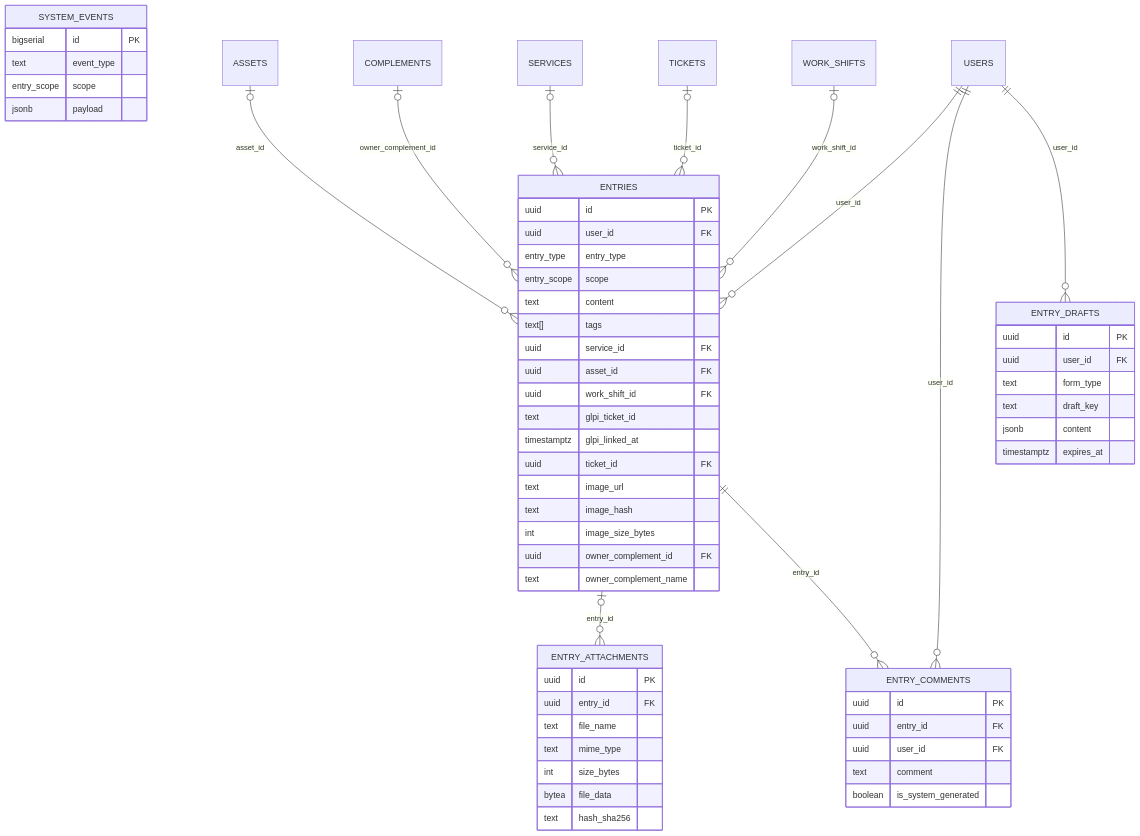
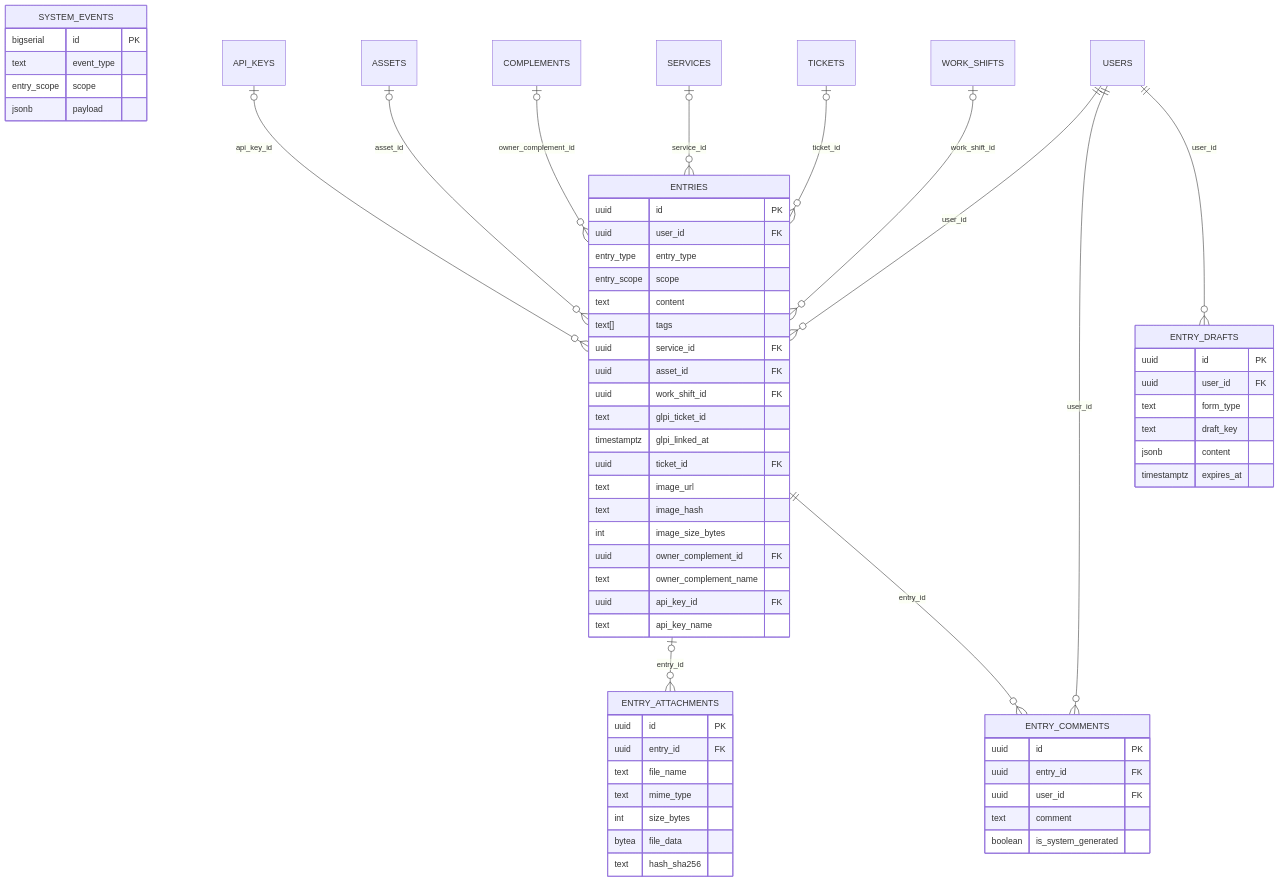
Before and after one commit to athomo001/BitacoraSOC: diagram 12 of 17 in docs/modelo-de-datos.md, drawn with Mermaid. The commit also changed other lines of this file and 58 other files, not shown here.

````diff
--- a/docs/modelo-de-datos.md
+++ b/docs/modelo-de-datos.md
@@ -1294,63 +1383,66 @@
 ```mermaid
 erDiagram
     ENTRIES {
         uuid id PK
         uuid user_id FK
         entry_type entry_type
         entry_scope scope
         text content
         text[] tags
         uuid service_id FK
         uuid asset_id FK
         uuid work_shift_id FK
         text glpi_ticket_id
         timestamptz glpi_linked_at
         uuid ticket_id FK
         text image_url
         text image_hash
         int image_size_bytes
         uuid owner_complement_id FK
         text owner_complement_name
+        uuid api_key_id FK
+        text api_key_name
     }
     ENTRY_COMMENTS {
         uuid id PK
         uuid entry_id FK
         uuid user_id FK
         text comment
         boolean is_system_generated
     }
     ENTRY_ATTACHMENTS {
         uuid id PK
         uuid entry_id FK
         text file_name
         text mime_type
         int size_bytes
         bytea file_data
         text hash_sha256
     }
     ENTRY_DRAFTS {
         uuid id PK
         uuid user_id FK
         text form_type
         text draft_key
         jsonb content
         timestamptz expires_at
     }
     SYSTEM_EVENTS {
         bigserial id PK
         text event_type
         entry_scope scope
         jsonb payload
     }
 
+    API_KEYS |o--o{ ENTRIES : "api_key_id"
     ASSETS |o--o{ ENTRIES : "asset_id"
     COMPLEMENTS |o--o{ ENTRIES : "owner_complement_id"
     ENTRIES |o--o{ ENTRY_ATTACHMENTS : "entry_id"
     ENTRIES ||--o{ ENTRY_COMMENTS : "entry_id"
     SERVICES |o--o{ ENTRIES : "service_id"
     TICKETS |o--o{ ENTRIES : "ticket_id"
     USERS ||--o{ ENTRIES : "user_id"
     USERS ||--o{ ENTRY_COMMENTS : "user_id"
     USERS ||--o{ ENTRY_DRAFTS : "user_id"
     WORK_SHIFTS |o--o{ ENTRIES : "work_shift_id"
 ```
````
